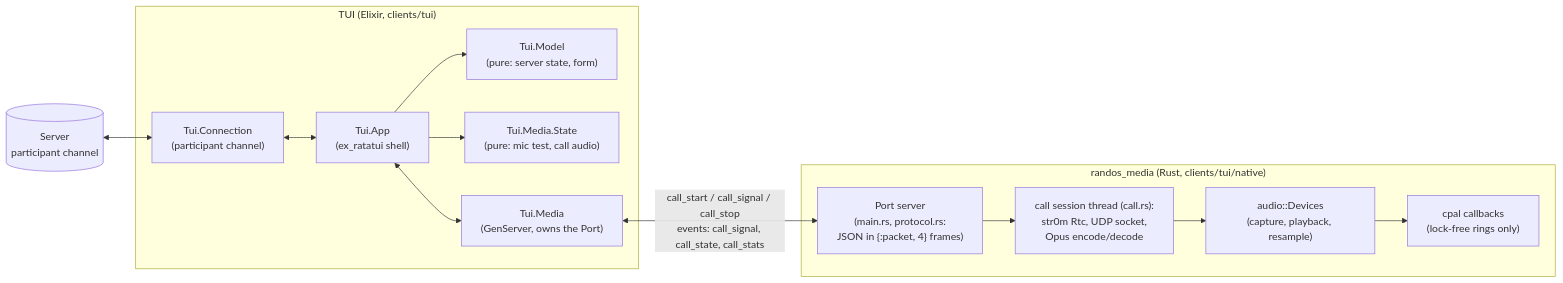
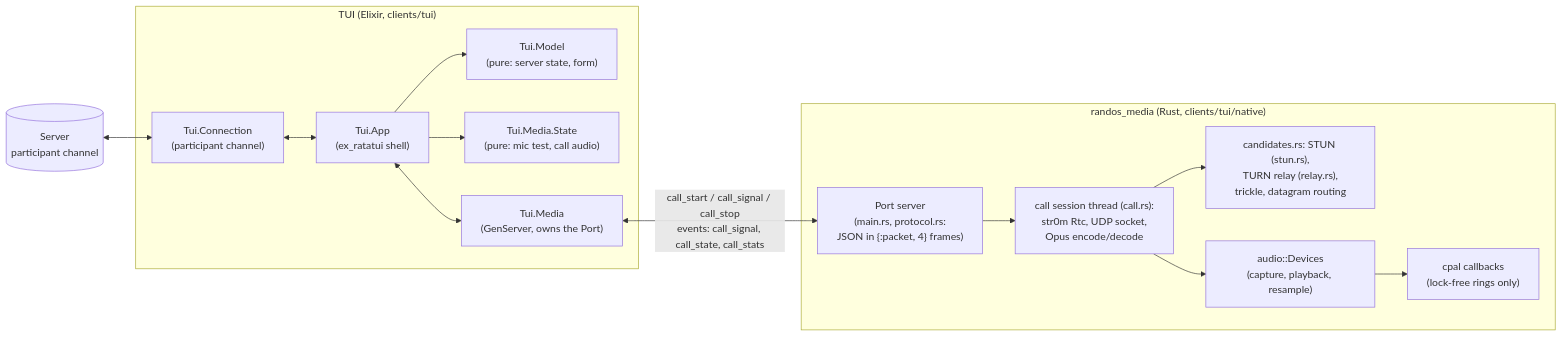
One commit to wasichu/randos changed the fourth of 5 diagrams in docs/architecture/call_flow.md. Above: the diagram before and after it, drawn with Mermaid. The commit also changed other lines of this file and 9 other files, not shown here.

````diff
--- a/docs/architecture/call_flow.md
+++ b/docs/architecture/call_flow.md
@@ -129,25 +129,27 @@
 ```mermaid
 flowchart LR
     subgraph TUI["TUI (Elixir, clients/tui)"]
         Conn["Tui.Connection<br/>(participant channel)"]
         App["Tui.App<br/>(ex_ratatui shell)"]
         Model["Tui.Model<br/>(pure: server state, form)"]
         MState["Tui.Media.State<br/>(pure: mic test, call audio)"]
         Media["Tui.Media<br/>(GenServer, owns the Port)"]
         Conn <--> App
         App --> Model
         App --> MState
         App <--> Media
     end
 
     subgraph Helper["randos_media (Rust, clients/tui/native)"]
         Port["Port server<br/>(main.rs, protocol.rs:<br/>JSON in {:packet, 4} frames)"]
         Call["call session thread (call.rs):<br/>str0m Rtc, UDP socket,<br/>Opus encode/decode"]
+        Cand["candidates.rs: STUN (stun.rs),<br/>TURN relay (relay.rs),<br/>trickle, datagram routing"]
         Dev["audio::Devices<br/>(capture, playback, resample)"]
         Cpal["cpal callbacks<br/>(lock-free rings only)"]
         Port --> Call --> Dev --> Cpal
+        Call --> Cand
     end
 
     Server[("Server<br/>participant channel")] <--> Conn
     Media <-- "call_start / call_signal / call_stop<br/>events: call_signal, call_state, call_stats" --> Port
 ```
````
